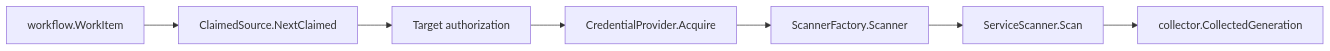
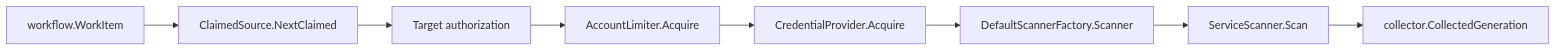
The diagram in go/internal/collector/awscloud/awsruntime/README.md (eshu-hq/eshu), drawn with Mermaid before and after one commit. The commit also changed other lines of this file and 14 other files, not shown here.

````diff
--- a/go/internal/collector/awscloud/awsruntime/README.md
+++ b/go/internal/collector/awscloud/awsruntime/README.md
@@ -18,9 +19,10 @@
 ```mermaid
 flowchart LR
   A["workflow.WorkItem"] --> B["ClaimedSource.NextClaimed"]
   B --> C["Target authorization"]
-  C --> D["CredentialProvider.Acquire"]
-  D --> E["ScannerFactory.Scanner"]
-  E --> F["ServiceScanner.Scan"]
+  C --> D["AccountLimiter.Acquire"]
+  D --> E["CredentialProvider.Acquire"]
+  E --> H["DefaultScannerFactory.Scanner"]
+  H --> F["ServiceScanner.Scan"]
   F --> G["collector.CollectedGeneration"]
 ```
````
